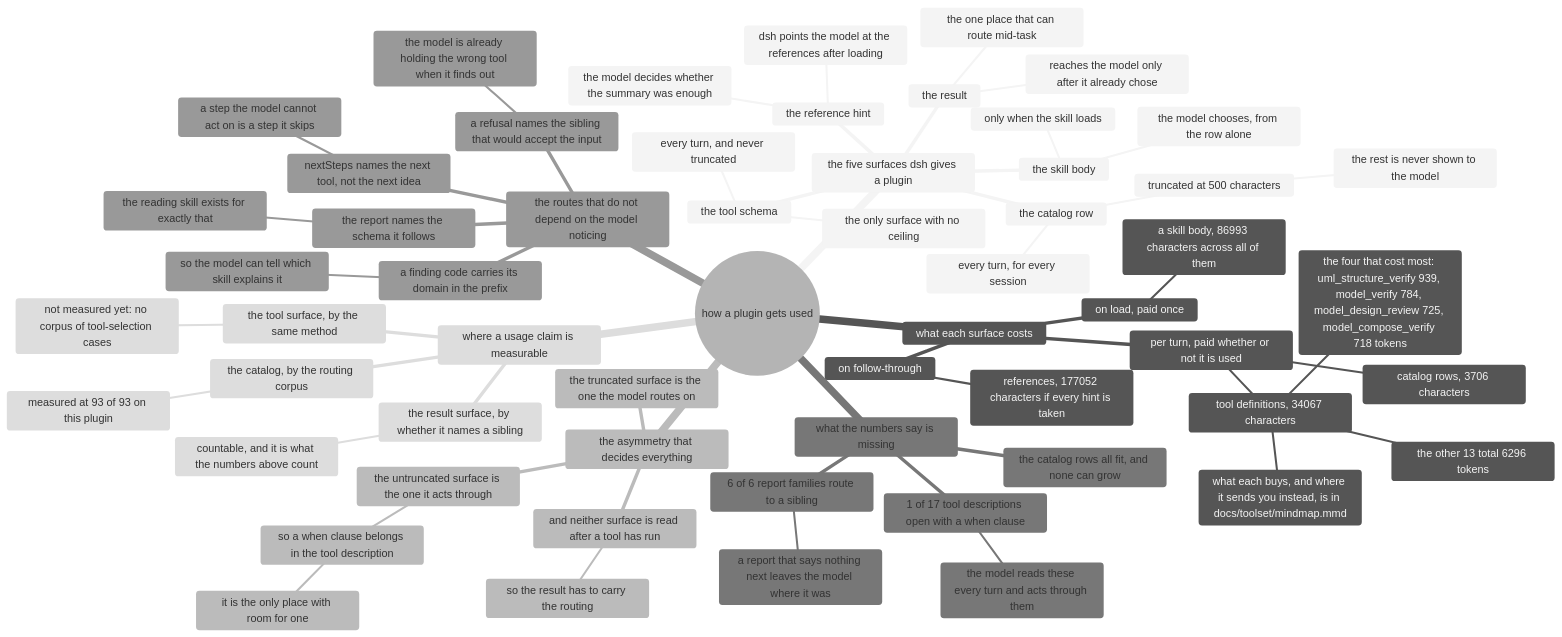
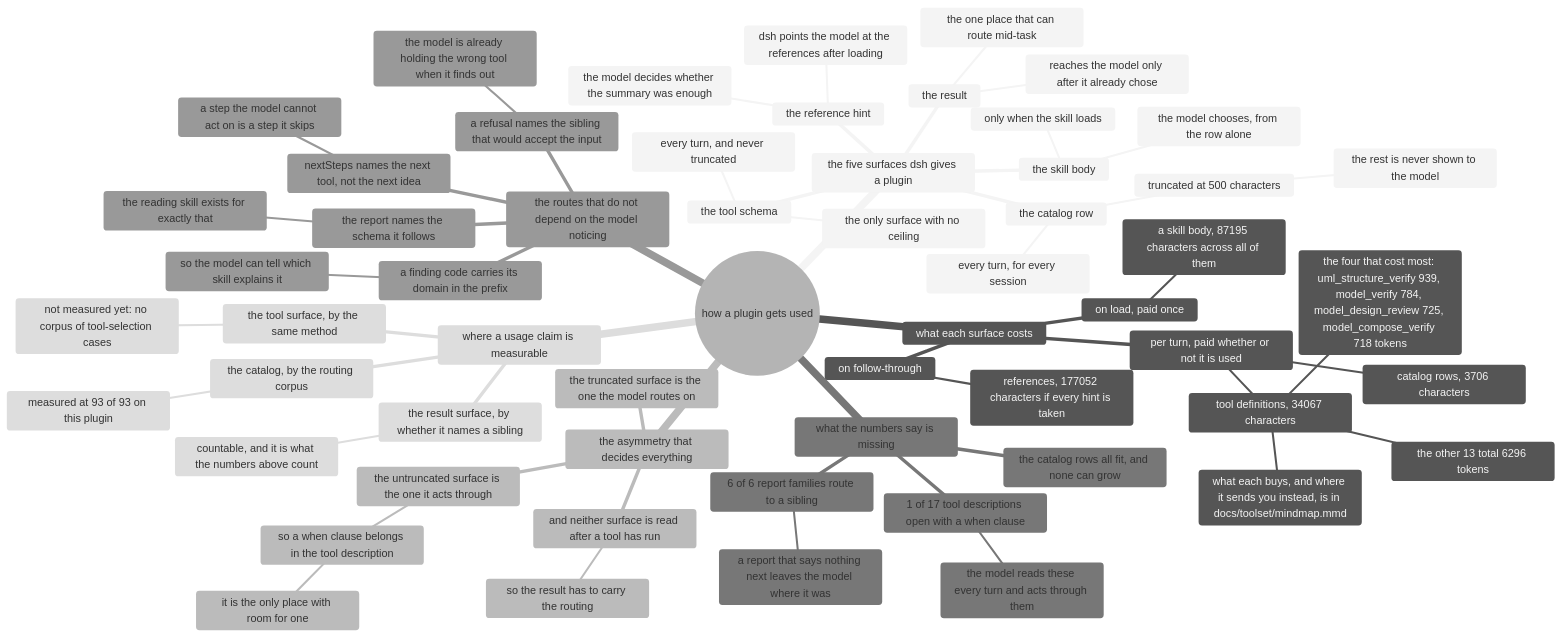
Before and after one commit to AmethystLuna/dsh-model-everything: the diagram in docs/usage/mindmap.mmd, drawn with Mermaid (neutral theme). The commit also changed 10 other files, not shown here.

```diff
--- a/docs/usage/mindmap.mmd
+++ b/docs/usage/mindmap.mmd
@@ -1,59 +1,59 @@
 mindmap
 root((how a plugin gets used))
   the five surfaces dsh gives a plugin
     the catalog row
       every turn, for every session
       truncated at 500 characters
         the rest is never shown to the model
     the skill body
       only when the skill loads
       the model chooses, from the row alone
     the reference hint
       dsh points the model at the references after loading
       the model decides whether the summary was enough
     the tool schema
       every turn, and never truncated
       the only surface with no ceiling
     the result
       reaches the model only after it already chose
       the one place that can route mid-task
   what each surface costs
     per turn, paid whether or not it is used
       catalog rows, 3706 characters
       tool definitions, 34067 characters
         the four that cost most: uml_structure_verify 939, model_verify 784, model_design_review 725, model_compose_verify 718 tokens
         the other 13 total 6296 tokens
         what each buys, and where it sends you instead, is in docs/toolset/mindmap.mmd
     on load, paid once
-      a skill body, 86993 characters across all of them
+      a skill body, 87195 characters across all of them
     on follow-through
       references, 177052 characters if every hint is taken
   the asymmetry that decides everything
     the truncated surface is the one the model routes on
     the untruncated surface is the one it acts through
       so a when clause belongs in the tool description
         it is the only place with room for one
     and neither surface is read after a tool has run
       so the result has to carry the routing
   what the numbers say is missing
     1 of 17 tool descriptions open with a when clause
       the model reads these every turn and acts through them
     6 of 6 report families route to a sibling
       a report that says nothing next leaves the model where it was
     the catalog rows all fit, and none can grow
   the routes that do not depend on the model noticing
     a refusal names the sibling that would accept the input
       the model is already holding the wrong tool when it finds out
     nextSteps names the next tool, not the next idea
       a step the model cannot act on is a step it skips
     a finding code carries its domain in the prefix
       so the model can tell which skill explains it
     the report names the schema it follows
       the reading skill exists for exactly that
   where a usage claim is measurable
     the catalog, by the routing corpus
       measured at 93 of 93 on this plugin
     the tool surface, by the same method
       not measured yet: no corpus of tool-selection cases
     the result surface, by whether it names a sibling
       countable, and it is what the numbers above count
```
